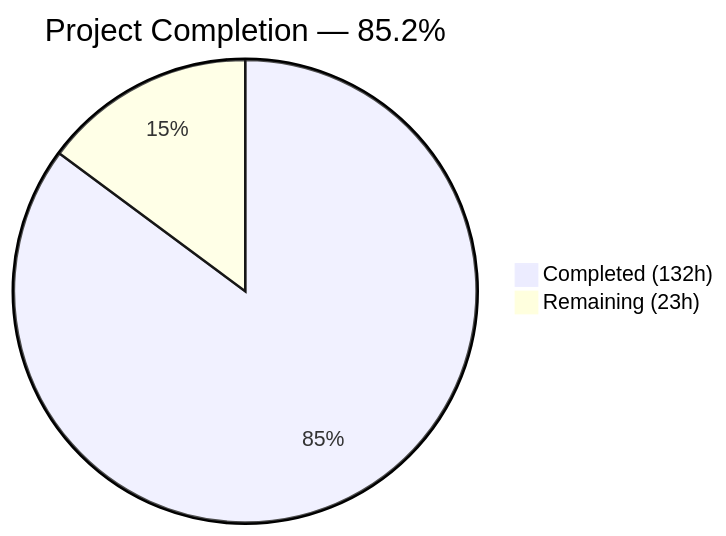
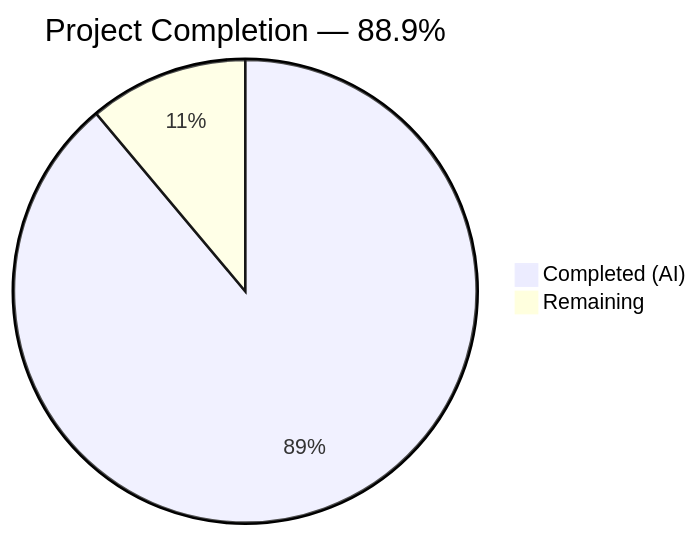
The first of 2 diagrams in blitzy/documentation/Project Guide.md (Blitzy-Sandbox/blitzy-RudderStack), drawn with Mermaid before and after one commit. The commit also changed other lines of this file, not shown here.

Commit message:
Adding Blitzy Project Guide: Project Status and Human Tasks Remaining

````diff
--- a/blitzy/documentation/Project Guide.md
+++ b/blitzy/documentation/Project Guide.md
@@ -11,5 +11,5 @@
 ```mermaid
-pie title Project Completion — 85.2%
-    "Completed (132h)" : 132
-    "Remaining (23h)" : 23
+pie title Project Completion — 88.9%
+    "Completed (AI)" : 280
+    "Remaining" : 35
 ```
````
